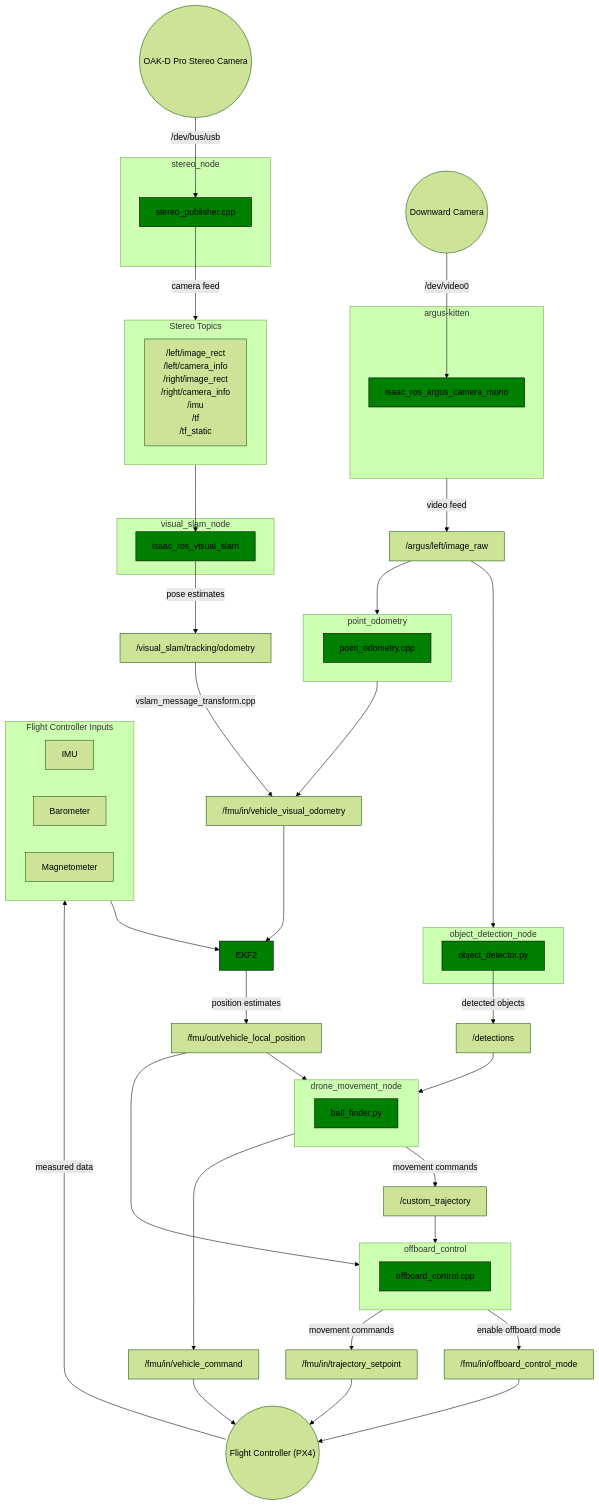
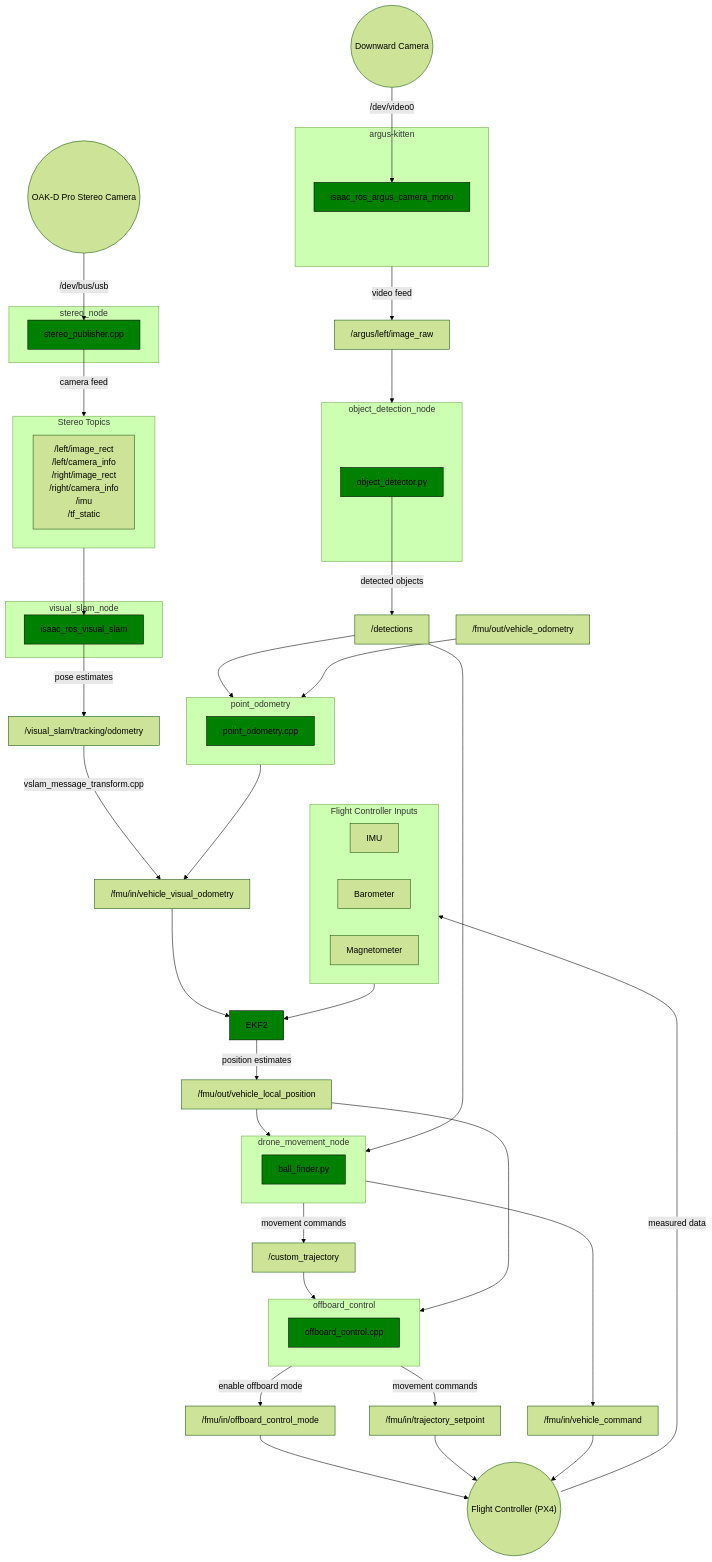
One commit to CatScanners/find-my-kitten changed the diagram in docs/architecture/architecture_diagram.md. Above: the diagram before and after it, drawn with Mermaid (forest theme). The commit also changed other lines of this file and 1 other file, not shown here.

Commit message:
fix(docs): not video to point_odometry, but detections
Ran the markdown file through `dos2unix`, so it shows whole file
changed even though only few lines were changed

```diff
--- a/docs/architecture/architecture_diagram.md
+++ b/docs/architecture/architecture_diagram.md
@@ -39,7 +39,7 @@
         end
 
     %%Vision package
-        
+
         subgraph argus-kitten
             isaac_ros_argus_camera_mono:::A
         end
@@ -83,7 +83,8 @@
             point_odometry.cpp:::A
         end
 
-        /argus/left/image_raw --> point_odometry
+        /detections --> point_odometry
+        /fmu/out/vehicle_odometry --> point_odometry
         point_odometry --> /fmu/in/vehicle_visual_odometry
 
     %%Stereo camera
@@ -98,7 +99,6 @@
                 /right/image_rect
                 /right/camera_info
                 /imu
-                /tf
                 /tf_static
             "]
         end
@@ -115,7 +115,7 @@
 
     %%Cameras
         camera((Downward Camera)) --/dev/video0 --> isaac_ros_argus_camera_mono
-        
+
         stereo_camera((OAK-D Pro Stereo Camera)) --/dev/bus/usb --> stereo_publisher.cpp
 
     %% Flight control / PX4
```
